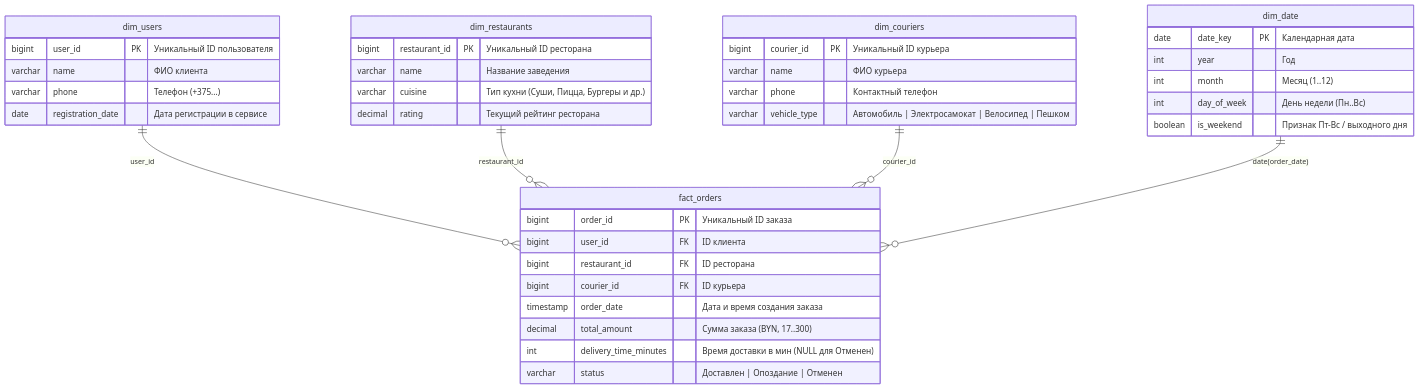
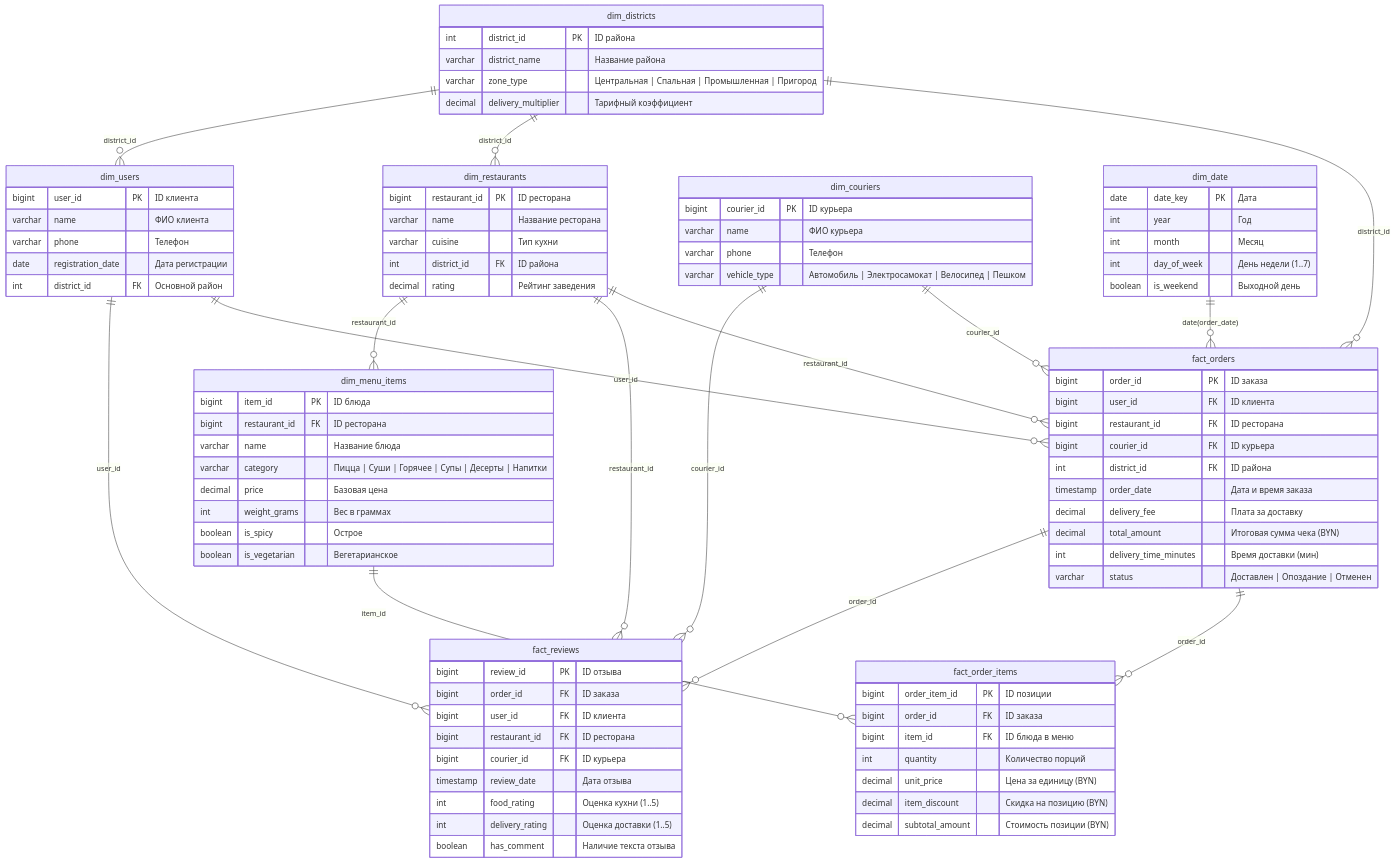
One commit to qufull/olap-project changed the diagram in _stand/passport.md. Above: the diagram before and after it, drawn with Mermaid. The commit also changed other lines of this file and 19 other files, not shown here.

````diff
--- a/_stand/passport.md
+++ b/_stand/passport.md
@@ -27,45 +36,102 @@
     dim_users ||--o{ fact_orders : "user_id"
     dim_restaurants ||--o{ fact_orders : "restaurant_id"
     dim_couriers ||--o{ fact_orders : "courier_id"
+    dim_districts ||--o{ fact_orders : "district_id"
     dim_date ||--o{ fact_orders : "date(order_date)"
 
+    fact_orders ||--o{ fact_order_items : "order_id"
+    dim_menu_items ||--o{ fact_order_items : "item_id"
+
+    fact_orders ||--o{ fact_reviews : "order_id"
+    dim_users ||--o{ fact_reviews : "user_id"
+    dim_restaurants ||--o{ fact_reviews : "restaurant_id"
+    dim_couriers ||--o{ fact_reviews : "courier_id"
+
+    dim_restaurants ||--o{ dim_menu_items : "restaurant_id"
+    dim_districts ||--o{ dim_restaurants : "district_id"
+    dim_districts ||--o{ dim_users : "district_id"
+
     fact_orders {
-        bigint order_id PK "Уникальный ID заказа"
+        bigint order_id PK "ID заказа"
         bigint user_id FK "ID клиента"
         bigint restaurant_id FK "ID ресторана"
         bigint courier_id FK "ID курьера"
-        timestamp order_date "Дата и время создания заказа"
-        decimal total_amount "Сумма заказа (BYN, 17..300)"
-        int delivery_time_minutes "Время доставки в мин (NULL для Отменен)"
+        int district_id FK "ID района"
+        timestamp order_date "Дата и время заказа"
+        decimal delivery_fee "Плата за доставку"
+        decimal total_amount "Итоговая сумма чека (BYN)"
+        int delivery_time_minutes "Время доставки (мин)"
         varchar status "Доставлен | Опоздание | Отменен"
     }
 
-    dim_users {
-        bigint user_id PK "Уникальный ID пользователя"
-        varchar name "ФИО клиента"
-        varchar phone "Телефон (+375...)"
-        date registration_date "Дата регистрации в сервисе"
+    fact_order_items {
+        bigint order_item_id PK "ID позиции"
+        bigint order_id FK "ID заказа"
+        bigint item_id FK "ID блюда в меню"
+        int quantity "Количество порций"
+        decimal unit_price "Цена за единицу (BYN)"
+        decimal item_discount "Скидка на позицию (BYN)"
+        decimal subtotal_amount "Стоимость позиции (BYN)"
+    }
+
+    fact_reviews {
+        bigint review_id PK "ID отзыва"
+        bigint order_id FK "ID заказа"
+        bigint user_id FK "ID клиента"
+        bigint restaurant_id FK "ID ресторана"
+        bigint courier_id FK "ID курьера"
+        timestamp review_date "Дата отзыва"
+        int food_rating "Оценка кухни (1..5)"
+        int delivery_rating "Оценка доставки (1..5)"
+        boolean has_comment "Наличие текста отзыва"
+    }
+
+    dim_districts {
+        int district_id PK "ID района"
+        varchar district_name "Название района"
+        varchar zone_type "Центральная | Спальная | Промышленная | Пригород"
+        decimal delivery_multiplier "Тарифный коэффициент"
+    }
+
+    dim_menu_items {
+        bigint item_id PK "ID блюда"
+        bigint restaurant_id FK "ID ресторана"
+        varchar name "Название блюда"
+        varchar category "Пицца | Суши | Горячее | Супы | Десерты | Напитки"
+        decimal price "Базовая цена"
+        int weight_grams "Вес в граммах"
+        boolean is_spicy "Острое"
+        boolean is_vegetarian "Вегетарианское"
     }
 
     dim_restaurants {
-        bigint restaurant_id PK "Уникальный ID ресторана"
-        varchar name "Название заведения"
-        varchar cuisine "Тип кухни (Суши, Пицца, Бургеры и др.)"
-        decimal rating "Текущий рейтинг ресторана"
+        bigint restaurant_id PK "ID ресторана"
+        varchar name "Название ресторана"
+        varchar cuisine "Тип кухни"
+        int district_id FK "ID района"
+        decimal rating "Рейтинг заведения"
     }
 
     dim_couriers {
-        bigint courier_id PK "Уникальный ID курьера"
+        bigint courier_id PK "ID курьера"
         varchar name "ФИО курьера"
-        varchar phone "Контактный телефон"
+        varchar phone "Телефон"
         varchar vehicle_type "Автомобиль | Электросамокат | Велосипед | Пешком"
     }
 
+    dim_users {
+        bigint user_id PK "ID клиента"
+        varchar name "ФИО клиента"
+        varchar phone "Телефон"
+        date registration_date "Дата регистрации"
+        int district_id FK "Основной район"
+    }
+
     dim_date {
-        date date_key PK "Календарная дата"
+        date date_key PK "Дата"
         int year "Год"
-        int month "Месяц (1..12)"
-        int day_of_week "День недели (Пн..Вс)"
-        boolean is_weekend "Признак Пт-Вс / выходного дня"
+        int month "Месяц"
+        int day_of_week "День недели (1..7)"
+        boolean is_weekend "Выходной день"
     }
 ```
````
